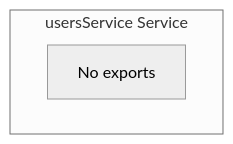
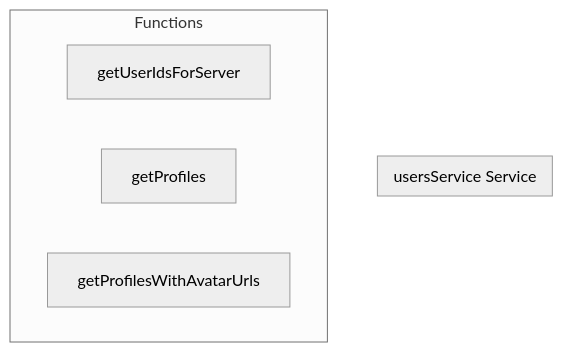
One commit to y4my4my4m/harmony changed the diagram in docs/api/services/usersservice.md. Above: the diagram before and after it, drawn with Mermaid (neutral theme). The commit also changed other lines of this file and 350 other files, not shown here.

````diff
--- a/docs/api/services/usersservice.md
+++ b/docs/api/services/usersservice.md
@@ -7,10 +7,11 @@
 ```mermaid
 graph TB
     subgraph "usersService Service"
-        EMPTY[No exports]
     end
     
-    
-    
-    
+    subgraph "Functions"
+        FN_GETUSERIDSFORSERVER[getUserIdsForServer]
+        FN_GETPROFILES[getProfiles]
+        FN_GETPROFILESWITHAVATARURLS[getProfilesWithAvatarUrls]
+    end
 ```
````
